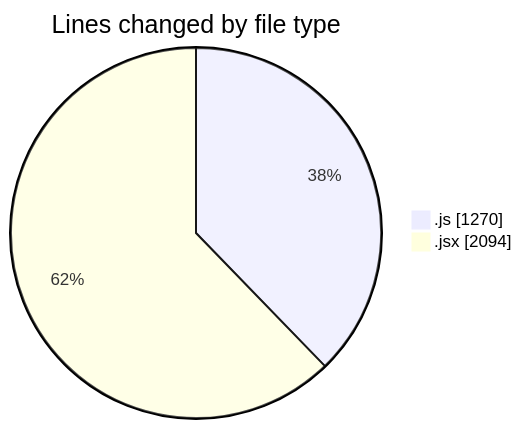
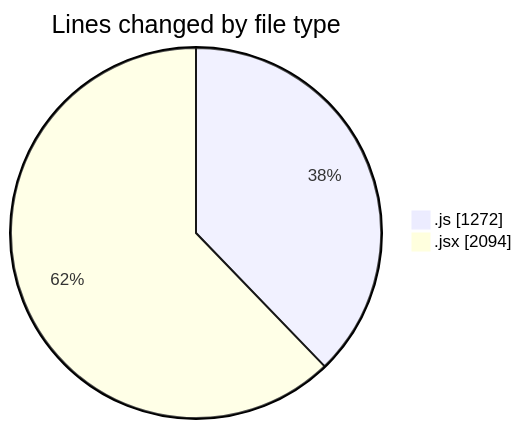
The first of 2 diagrams in 2025-09-01/nxtqube_webapp/README.md (nxtqubesakshisongat/code-tracking), drawn with Mermaid before and after one commit. The commit also changed other lines of this file and 1 other file, not shown here.

````diff
--- a/2025-09-01/nxtqube_webapp/README.md
+++ b/2025-09-01/nxtqube_webapp/README.md
@@ -25,6 +25,6 @@
 ```mermaid
 pie showData
 title Lines changed by file type
-".js" : 1270
+".js" : 1272
 ".jsx" : 2094
 ```
````
